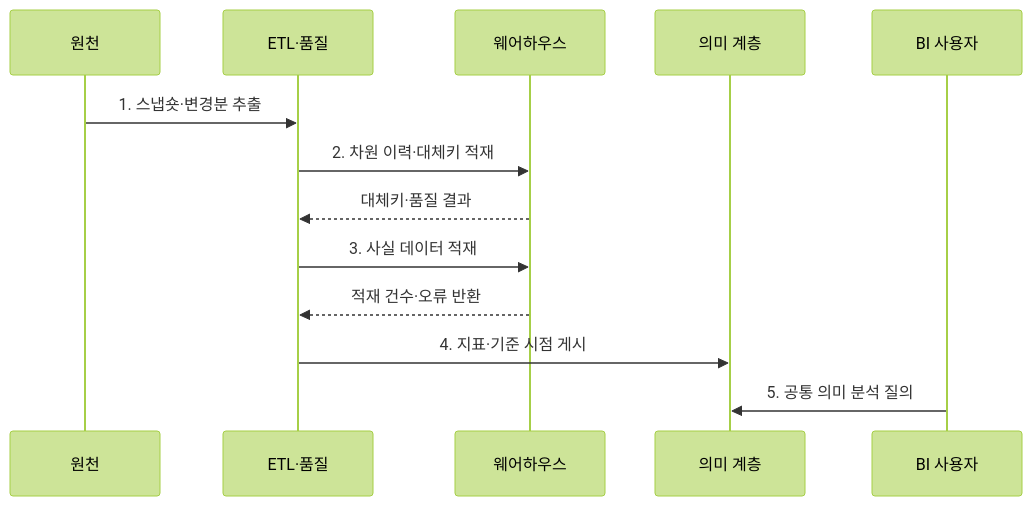
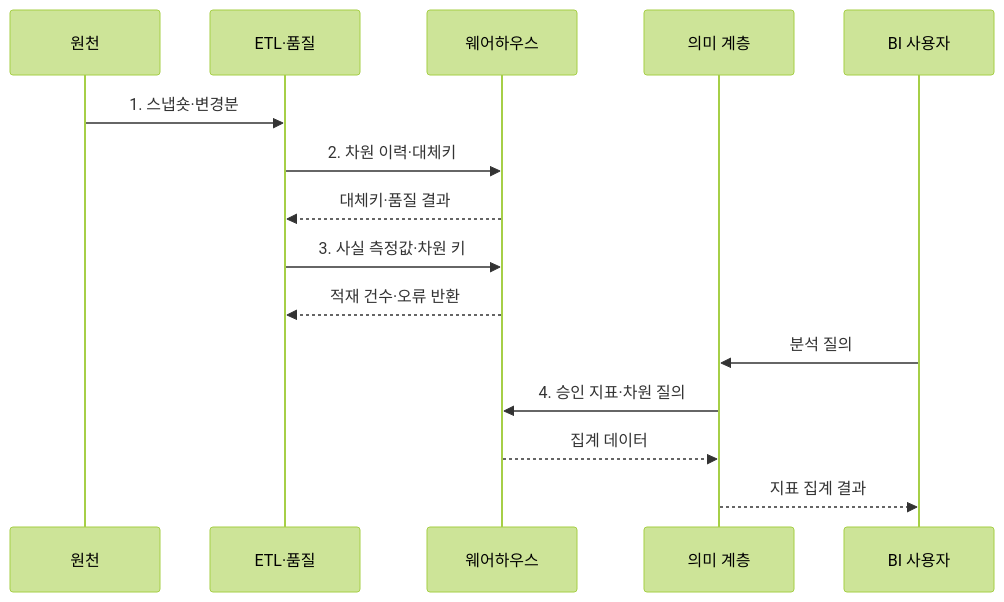
Before and after one commit to agnusdei1207/knowledge-base: the second of 2 diagrams in src/content/docs/notes/03-software/124_data_warehouse.md, drawn with Mermaid (forest theme). The commit also changed other lines of this file and 20 other files, not shown here.

````diff
--- a/src/content/docs/notes/03-software/124_data_warehouse.md
+++ b/src/content/docs/notes/03-software/124_data_warehouse.md
@@ -81,15 +93,17 @@
 ```mermaid
 sequenceDiagram
     participant S as 원천
     participant E as ETL·품질
     participant W as 웨어하우스
     participant M as 의미 계층
     participant B as BI 사용자
-    S->>E: 1. 스냅숏·변경분 추출
-    E->>W: 2. 차원 이력·대체키 적재
+    S->>E: 1. 스냅숏·변경분
+    E->>W: 2. 차원 이력·대체키
     W-->>E: 대체키·품질 결과
-    E->>W: 3. 사실 데이터 적재
+    E->>W: 3. 사실 측정값·차원 키
     W-->>E: 적재 건수·오류 반환
-    E->>M: 4. 지표·기준 시점 게시
-    B->>M: 5. 공통 의미 분석 질의
+    B->>M: 분석 질의
+    M->>W: 4. 승인 지표·차원 질의
+    W-->>M: 집계 데이터
+    M-->>B: 지표 집계 결과
 ```
````
